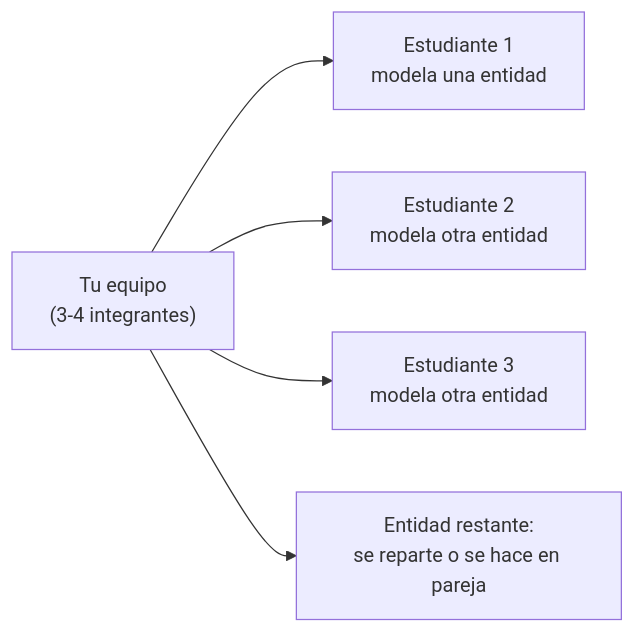
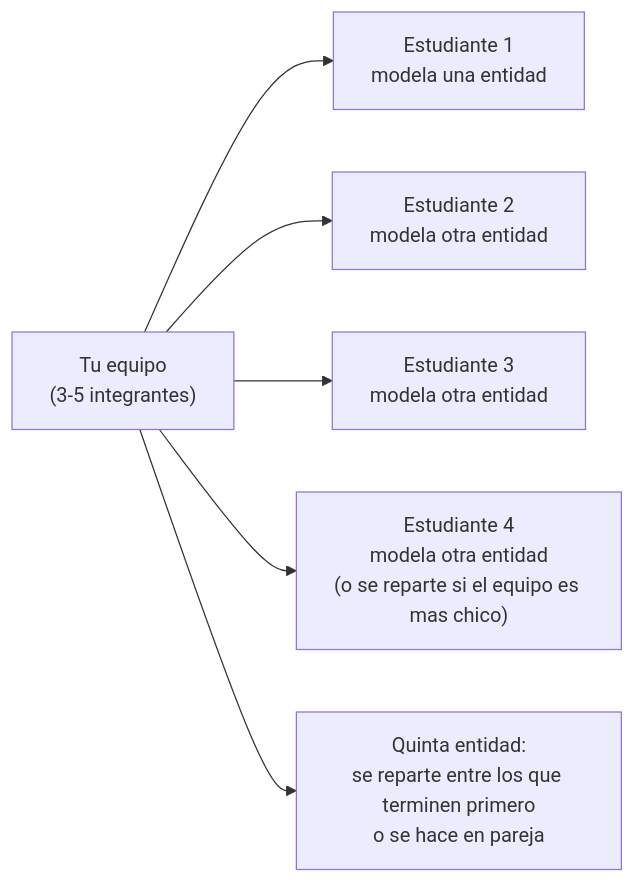
Before and after one commit to santiagoSuarez219/nodo-edu: the first of 3 diagrams in content/cursos/estructuras-de-datos/practica-clases-y-objetos-proyecto-de-aula.mdx, drawn with Mermaid. The commit also changed other lines of this file, not shown here.

````diff
--- a/content/cursos/estructuras-de-datos/practica-clases-y-objetos-proyecto-de-aula.mdx
+++ b/content/cursos/estructuras-de-datos/practica-clases-y-objetos-proyecto-de-aula.mdx
@@ -36,7 +38,8 @@
 ```mermaid
 flowchart LR
-  Equipo["Tu equipo\n(3-4 integrantes)"] --> E1["Estudiante 1\nmodela una entidad"]
+  Equipo["Tu equipo\n(3-5 integrantes)"] --> E1["Estudiante 1\nmodela una entidad"]
   Equipo --> E2["Estudiante 2\nmodela otra entidad"]
   Equipo --> E3["Estudiante 3\nmodela otra entidad"]
-  Equipo --> E4["Entidad restante:\nse reparte o se hace en pareja"]
+  Equipo --> E4["Estudiante 4\nmodela otra entidad\n(o se reparte si el equipo es mas chico)"]
+  Equipo --> E5["Quinta entidad:\nse reparte entre los que terminen primero\no se hace en pareja"]
 ```
````
